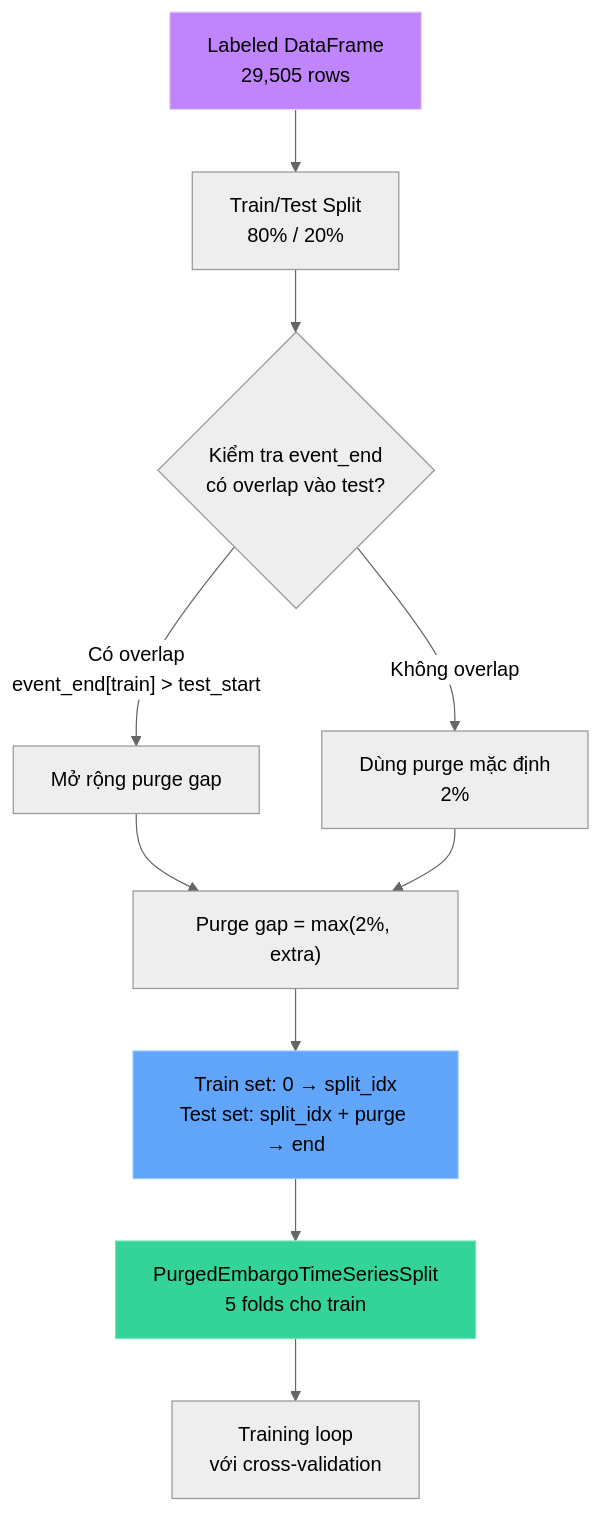
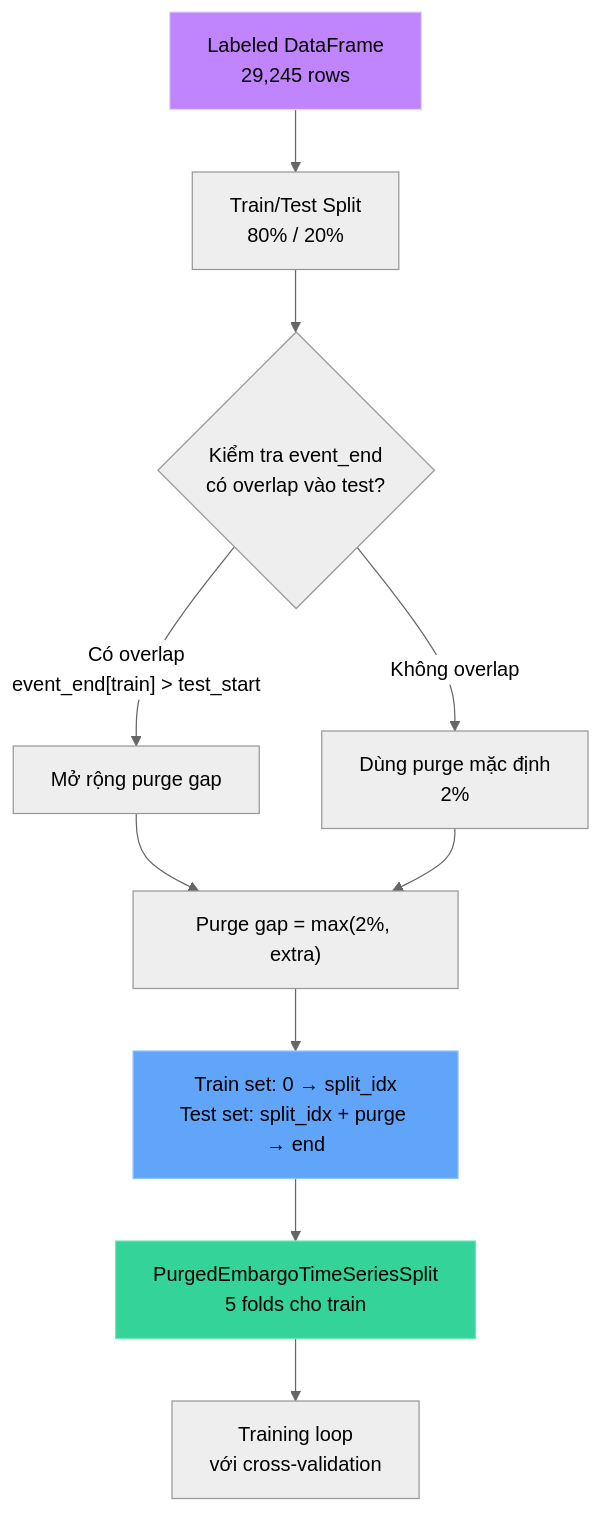
The first of 6 diagrams in docs/validation-split.md (ultimateBroK/thesis-compact), drawn with Mermaid (neutral theme) before and after one commit. The commit also changed other lines of this file and 7 other files, not shown here.

````diff
--- a/docs/validation-split.md
+++ b/docs/validation-split.md
@@ -12,16 +12,16 @@
 ```mermaid
 flowchart TD
-    A["Labeled DataFrame<br/>29,505 rows"] --> B["Train/Test Split<br/>80% / 20%"]
+    A["Labeled DataFrame<br/>29,245 rows"] --> B["Train/Test Split<br/>80% / 20%"]
     B --> C{"Kiểm tra event_end<br/>có overlap vào test?"}
     C -->|"Có overlap<br/>event_end[train] > test_start"| D["Mở rộng purge gap"]
     C -->|"Không overlap"| E["Dùng purge mặc định<br/>2%"]
     D --> F["Purge gap = max(2%, extra)"]
     E --> F
     F --> G["Train set: 0 → split_idx<br/>Test set: split_idx + purge → end"]
     G --> H["PurgedEmbargoTimeSeriesSplit<br/>5 folds cho train"]
     H --> I["Training loop<br/>với cross-validation"]
 
     style A fill:#c084fc,stroke:#e9d5ff
     style G fill:#60a5fa,stroke:#93c5fd
     style H fill:#34d399,stroke:#6ee7b7
 ```
````
